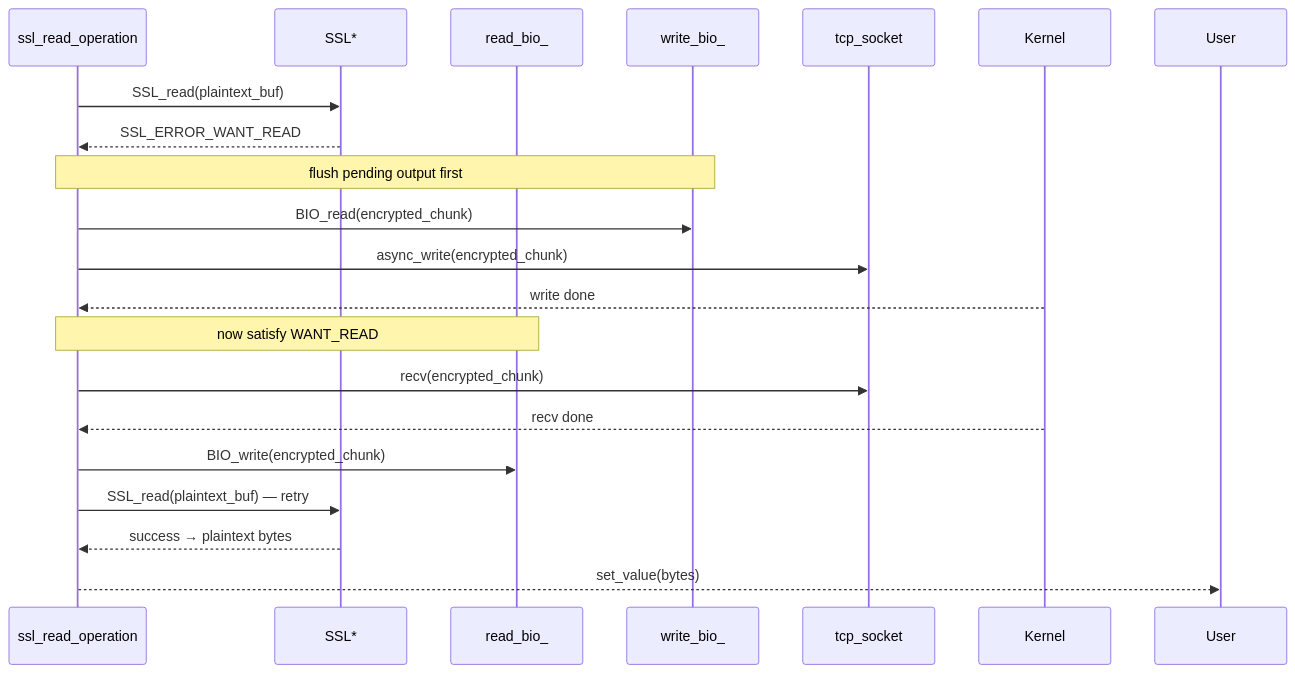
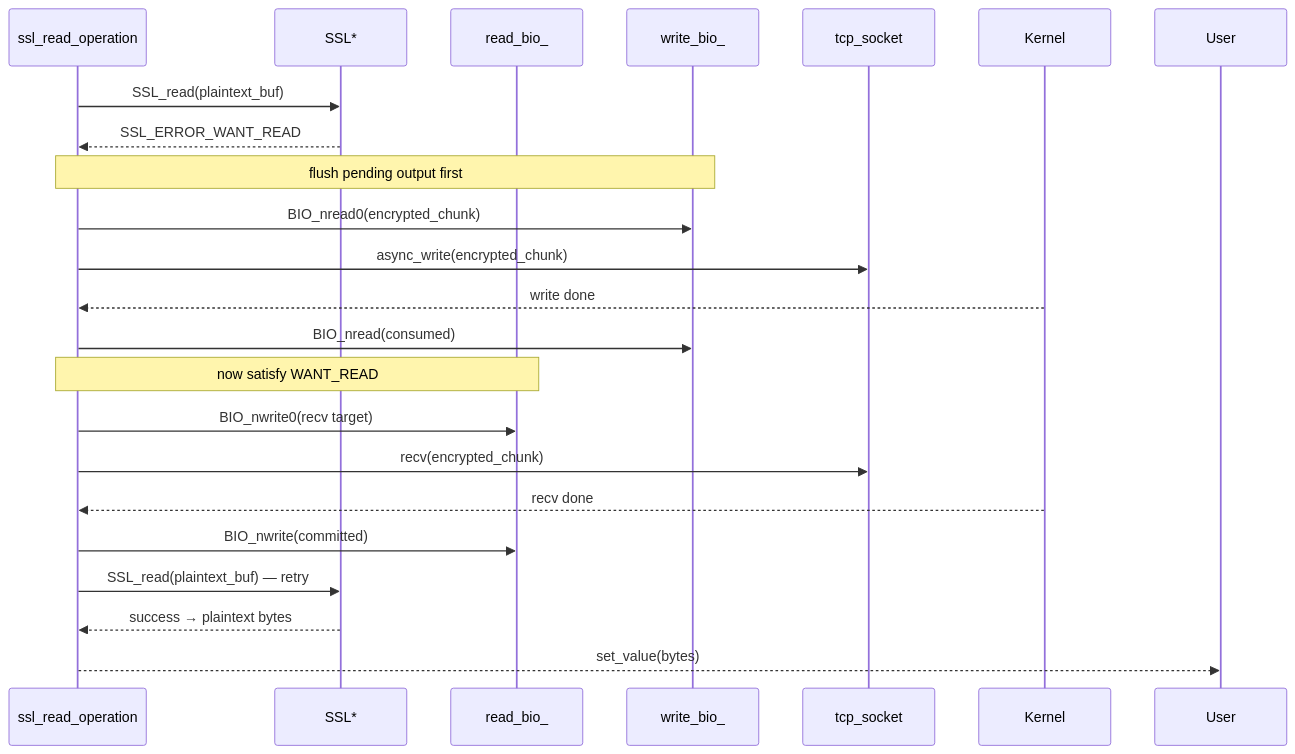
The fifth of 6 diagrams in docs/usage.md (haomingbai/bnio), drawn with Mermaid before and after one commit. The commit also changed other lines of this file and 11 other files, not shown here.

````diff
--- a/docs/usage.md
+++ b/docs/usage.md
@@ -309,27 +309,29 @@
 ```mermaid
 sequenceDiagram
     participant Op as ssl_read_operation
     participant SSL as SSL*
     participant BIO_R as read_bio_
     participant BIO_W as write_bio_
     participant TCP as tcp_socket
     participant K as Kernel
 
     Op->>SSL: SSL_read(plaintext_buf)
     SSL-->>Op: SSL_ERROR_WANT_READ
 
     Note over Op,BIO_W: flush pending output first
-    Op->>BIO_W: BIO_read(encrypted_chunk)
+    Op->>BIO_W: BIO_nread0(encrypted_chunk)
     Op->>TCP: async_write(encrypted_chunk)
     K-->>Op: write done
+    Op->>BIO_W: BIO_nread(consumed)
 
     Note over Op,BIO_R: now satisfy WANT_READ
+    Op->>BIO_R: BIO_nwrite0(recv target)
     Op->>TCP: recv(encrypted_chunk)
     K-->>Op: recv done
-    Op->>BIO_R: BIO_write(encrypted_chunk)
+    Op->>BIO_R: BIO_nwrite(committed)
 
     Op->>SSL: SSL_read(plaintext_buf) — retry
     SSL-->>Op: success → plaintext bytes
 
     Op-->>User: set_value(bytes)
 ```
````
